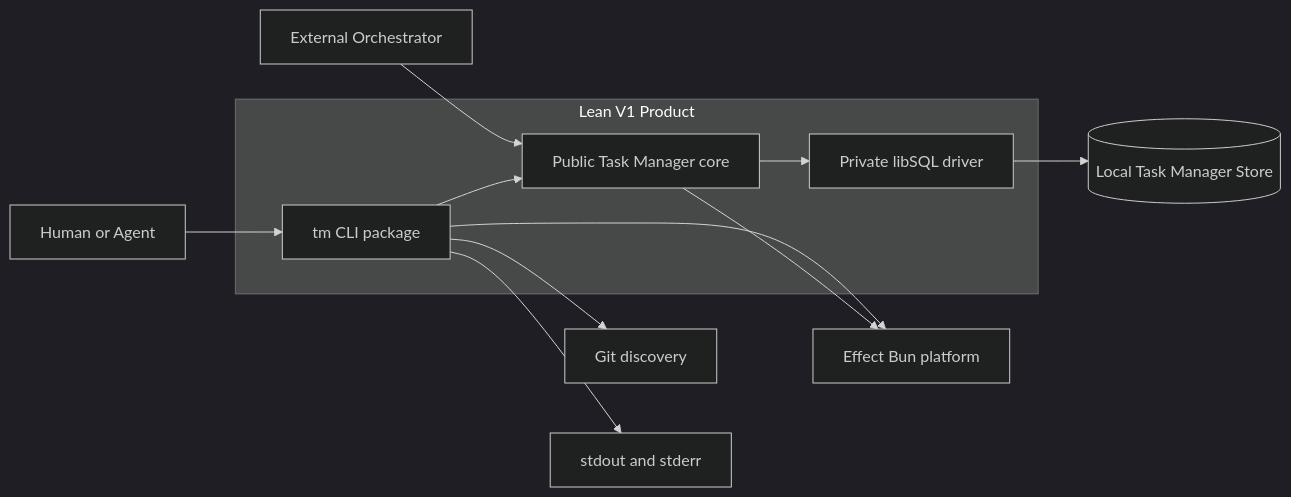
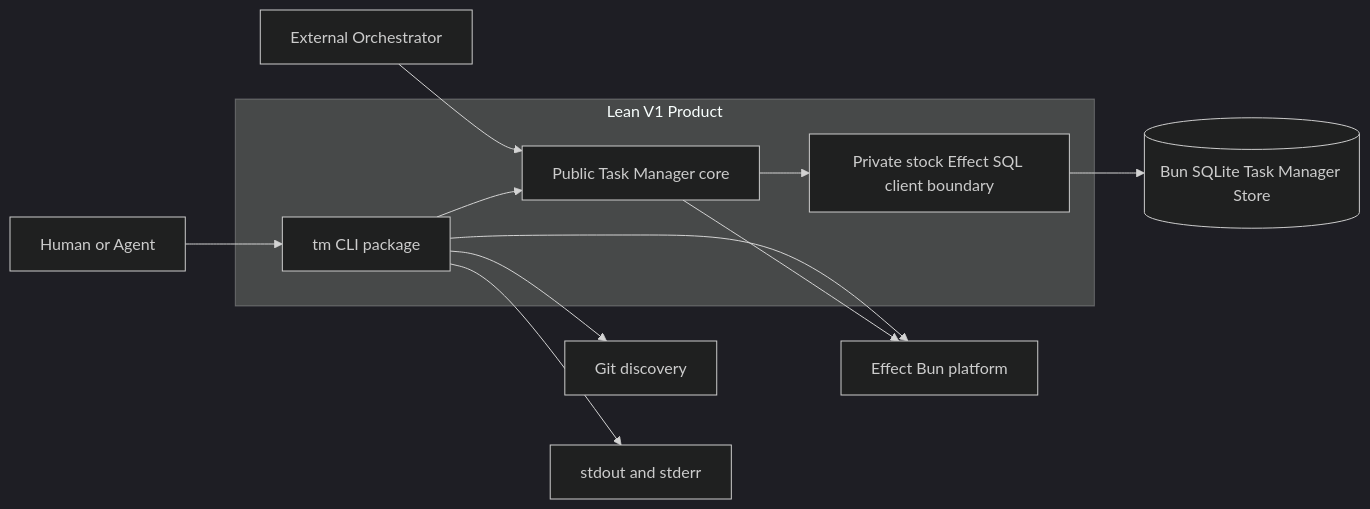
Before and after one commit to urban/task-manager: the third of 9 diagrams in specs/lean-v1/technical-design.md, drawn with Mermaid (dark theme). The commit also changed other lines of this file and 3 other files, not shown here.

First line of the commit message:
Adopt stock Effect SQL for Lean V1 persistence

````diff
--- a/specs/lean-v1/technical-design.md
+++ b/specs/lean-v1/technical-design.md
@@ -156,18 +161,18 @@
 ```mermaid
 flowchart LR
   caller[Human or Agent] --> cli[tm CLI package]
   orchestrator[External Orchestrator] --> core[Public Task Manager core]
   cli --> core
   cli --> git[Git discovery]
   cli --> platform[Effect Bun platform]
   core --> platform
-  core --> driver[Private libSQL driver]
-  driver --> store[(Local Task Manager Store)]
+  core --> sql[Private stock Effect SQL client boundary]
+  sql --> store[(Bun SQLite Task Manager Store)]
   cli --> streams[stdout and stderr]
 
   subgraph product[Lean V1 Product]
     cli
     core
-    driver
+    sql
   end
 ```
````
